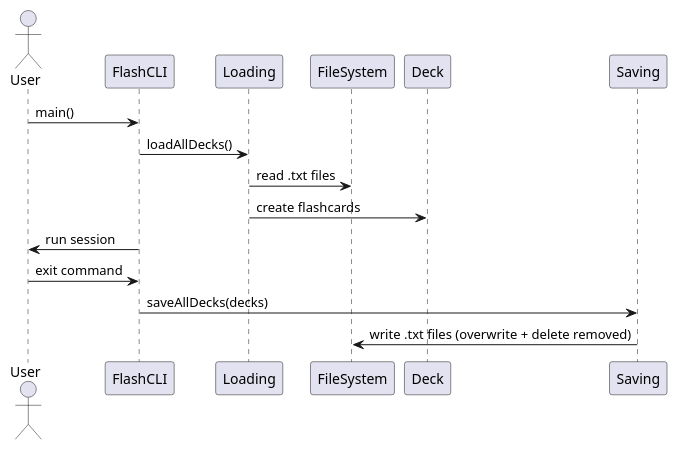
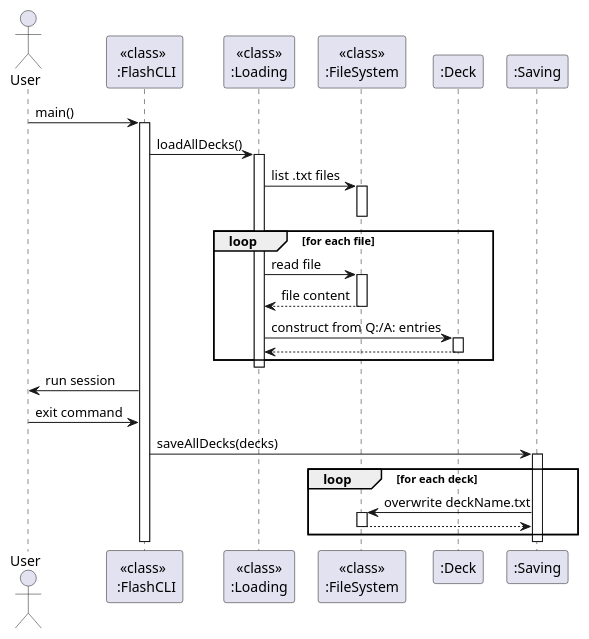
One commit to felfelyuen/tp changed the diagram in docs/diagrams/SaveSequenceDiagram.puml. Above: the diagram before and after it, drawn with PlantUML. The commit also changed 16 other files, not shown here.

Commit message:
edited diagrams and developer guide to include naming convention and updated diagrams

```diff
--- a/docs/diagrams/SaveSequenceDiagram.puml
+++ b/docs/diagrams/SaveSequenceDiagram.puml
@@ -1,11 +1,44 @@
 @startuml
 actor User
+participant "<<class>> \n :FlashCLI" as FlashCLI
+participant "<<class>>\n:Loading" as Loading
+participant "<<class>>\n:FileSystem" as FileSystem
+participant ":Deck" as Deck
+participant ":Saving" as Saving
 User -> FlashCLI : main()
+activate FlashCLI
+
 FlashCLI -> Loading : loadAllDecks()
-Loading -> FileSystem : read .txt files
-Loading -> Deck : create flashcards
+activate Loading
+Loading -> FileSystem : list .txt files
+activate FileSystem
+deactivate FileSystem
+
+loop for each file
+    Loading -> FileSystem : read file
+    activate FileSystem
+    FileSystem --> Loading : file content
+    deactivate FileSystem
+
+    Loading -> Deck : construct from Q:/A: entries
+    activate Deck
+    Deck --> Loading
+    deactivate Deck
+end
+deactivate Loading
+
 FlashCLI -> User : run session
+
 User -> FlashCLI : exit command
+
 FlashCLI -> Saving : saveAllDecks(decks)
-Saving -> FileSystem : write .txt files (overwrite + delete removed)
+activate Saving
+loop for each deck
+    Saving -> FileSystem : overwrite deckName.txt
+    activate FileSystem
+    FileSystem --> Saving
+    deactivate FileSystem
+end
+deactivate Saving
+deactivate FlashCLI
 @enduml
```
